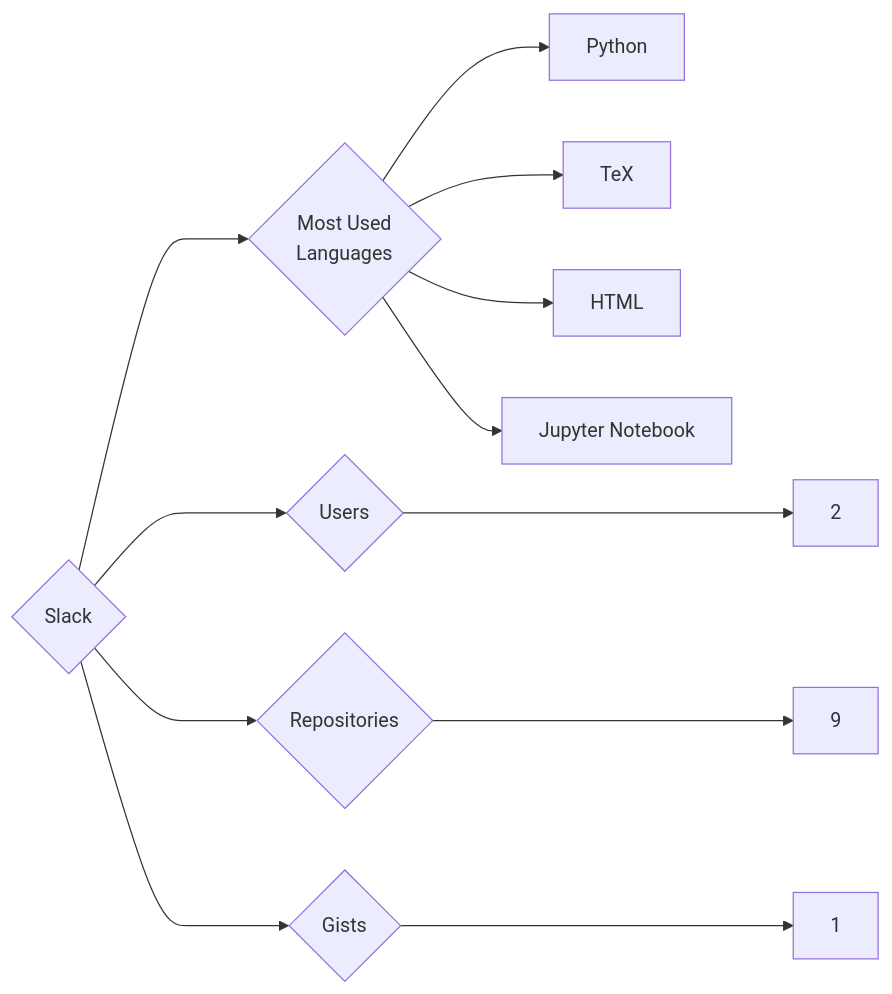
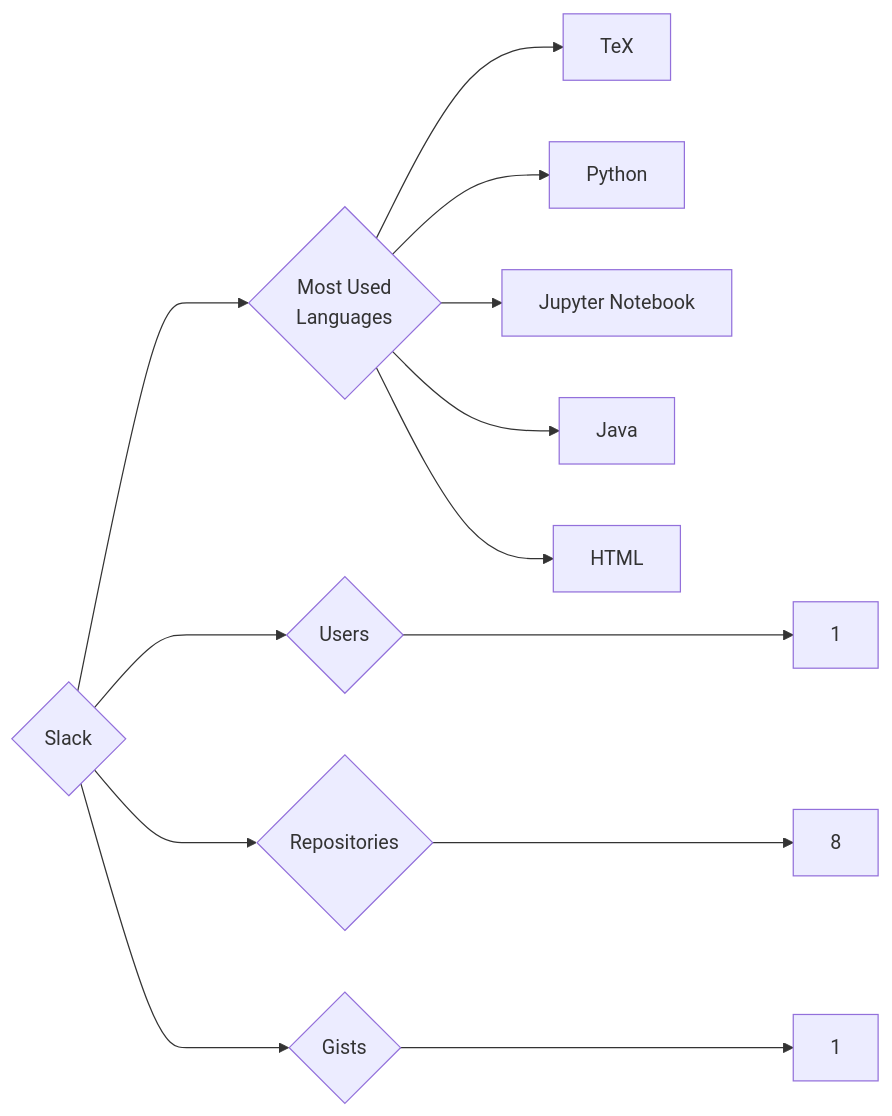
The diagram in targets/Slack/README.md (trickest/insiders), drawn with Mermaid before and after one commit. The commit also changed 715 other files, not shown here.

````diff
--- a/targets/Slack/README.md
+++ b/targets/Slack/README.md
@@ -3,12 +3,13 @@
 ```mermaid
 graph LR
 COMPANY_NAME{Slack}
-COMPANY_NAME ---> U{Users} ---> UN[2]
-COMPANY_NAME ---> R{Repositories} ---> RN[9]
+COMPANY_NAME ---> U{Users} ---> UN[1]
+COMPANY_NAME ---> R{Repositories} ---> RN[8]
 COMPANY_NAME ---> G{Gists} ---> GN[1]
 COMPANY_NAME ---> ML{Most Used<br>Languages}
+ML --> TeX[TeX]
 ML --> Python[Python]
-ML --> TeX[TeX]
+ML --> Jupyter_Notebook[Jupyter Notebook]
+ML --> Java[Java]
 ML --> HTML[HTML]
-ML --> Jupyter_Notebook[Jupyter Notebook]
 ```
````
